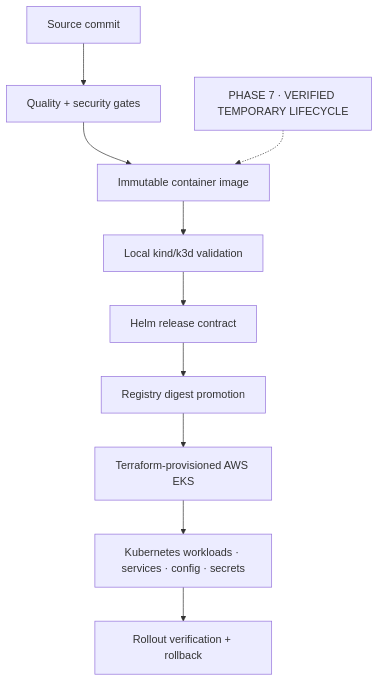
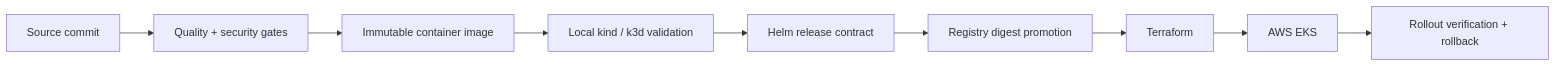
The diagram in docs/architecture/assets/phase7-architecture.mmd (Parmodk2310/Advanced-Distributed-System), drawn with Mermaid before and after one commit.

Commit message:
docs(diagram): align Phase 7 Mermaid topology

```diff
--- a/docs/architecture/assets/phase7-architecture.mmd
+++ b/docs/architecture/assets/phase7-architecture.mmd
@@ -1,7 +1,9 @@
-flowchart TB
-  S["PHASE 7 · VERIFIED TEMPORARY LIFECYCLE"]
-  C["Source commit"] --> G["Quality + security gates"] --> I["Immutable container image"]
-  I --> L["Local kind/k3d validation"] --> H["Helm release contract"]
-  H --> R["Registry digest promotion"] --> T["Terraform-provisioned AWS EKS"]
-  T --> K["Kubernetes workloads · services · config · secrets"] --> V["Rollout verification + rollback"]
-  S -.-> I
+flowchart LR
+  C["Source commit"] --> G["Quality + security gates"]
+  G --> I["Immutable container image"]
+  I --> L["Local kind / k3d validation"]
+  L --> H["Helm release contract"]
+  H --> R["Registry digest promotion"]
+  R --> T["Terraform"]
+  T --> E["AWS EKS"]
+  E --> V["Rollout verification + rollback"]
```
